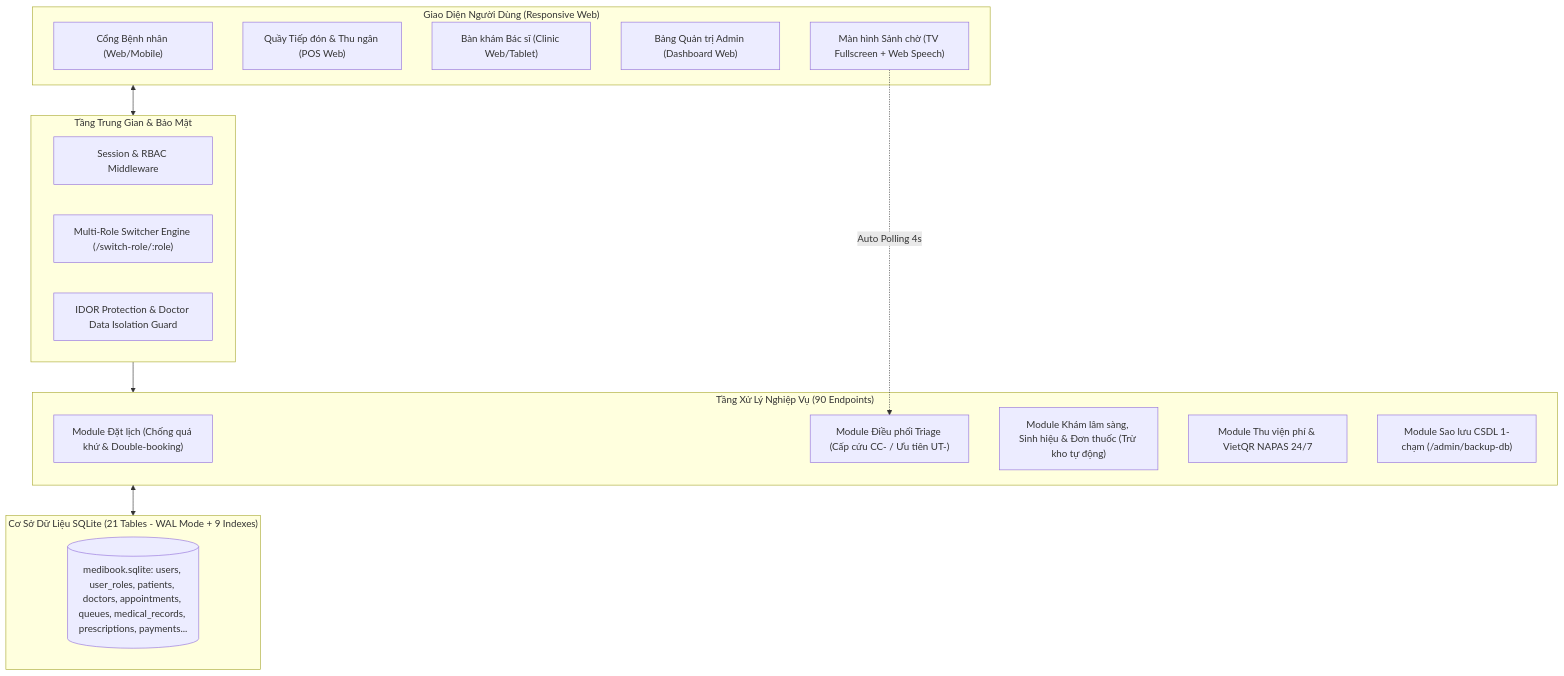
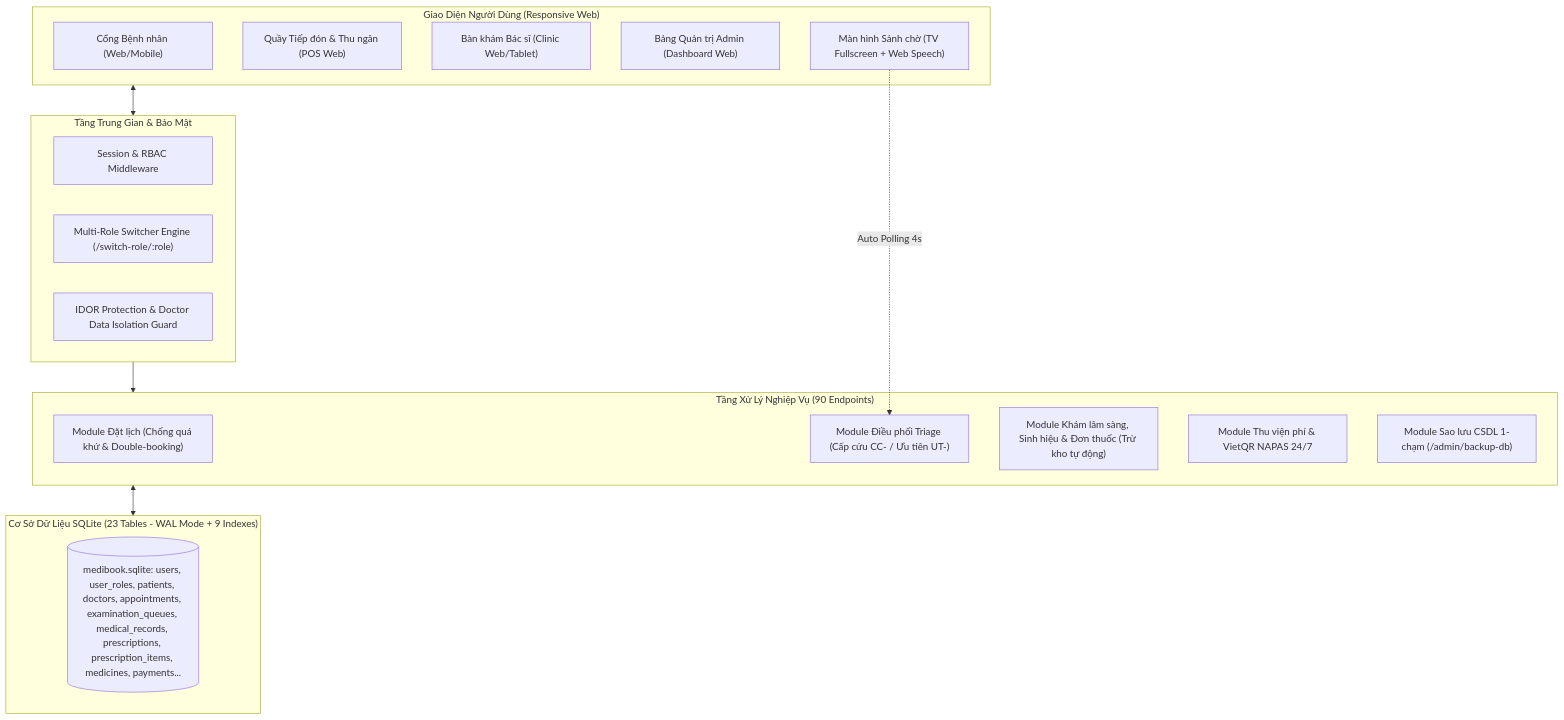
One commit to ntrungz0704/MediBook changed the diagram in PROJECT_AUDIT.md. Above: the diagram before and after it, drawn with Mermaid. The commit also changed other lines of this file and 10 other files, not shown here.

````diff
--- a/PROJECT_AUDIT.md
+++ b/PROJECT_AUDIT.md
@@ -55,33 +55,33 @@
 ```mermaid
 flowchart TD
     subgraph ClientLayer["Giao Diện Người Dùng (Responsive Web)"]
         PatientPortal["Cổng Bệnh nhân (Web/Mobile)"]
         RecepDesk["Quầy Tiếp đón & Thu ngân (POS Web)"]
         DoctorDesk["Bàn khám Bác sĩ (Clinic Web/Tablet)"]
         AdminDesk["Bảng Quản trị Admin (Dashboard Web)"]
         TVBoard["Màn hình Sảnh chờ (TV Fullscreen + Web Speech)"]
     end
 
     subgraph MiddlewareLayer["Tầng Trung Gian & Bảo Mật"]
         AuthMW["Session & RBAC Middleware"]
         RoleSwitcher["Multi-Role Switcher Engine (/switch-role/:role)"]
         SecurityMW["IDOR Protection & Doctor Data Isolation Guard"]
     end
 
     subgraph ServiceLayer["Tầng Xử Lý Nghiệp Vụ (90 Endpoints)"]
         BookingEngine["Module Đặt lịch (Chống quá khứ & Double-booking)"]
         TriageQueue["Module Điều phối Triage (Cấp cứu CC- / Ưu tiên UT-)"]
         ClinicalExam["Module Khám lâm sàng, Sinh hiệu & Đơn thuốc (Trừ kho tự động)"]
         CashierPOS["Module Thu viện phí & VietQR NAPAS 24/7"]
         BackupModule["Module Sao lưu CSDL 1-chạm (/admin/backup-db)"]
     end
 
-    subgraph StorageLayer["Cơ Sở Dữ Liệu SQLite (21 Tables - WAL Mode + 9 Indexes)"]
-        DB[(medibook.sqlite: users, user_roles, patients, doctors, appointments, queues, medical_records, prescriptions, payments...)]
+    subgraph StorageLayer["Cơ Sở Dữ Liệu SQLite (23 Tables - WAL Mode + 9 Indexes)"]
+        DB[(medibook.sqlite: users, user_roles, patients, doctors, appointments, examination_queues, medical_records, prescriptions, prescription_items, medicines, payments...)]
     end
 
     ClientLayer <--> MiddlewareLayer
     MiddlewareLayer --> ServiceLayer
     ServiceLayer <--> StorageLayer
     TVBoard -.->|Auto Polling 4s| TriageQueue
 ```
````
